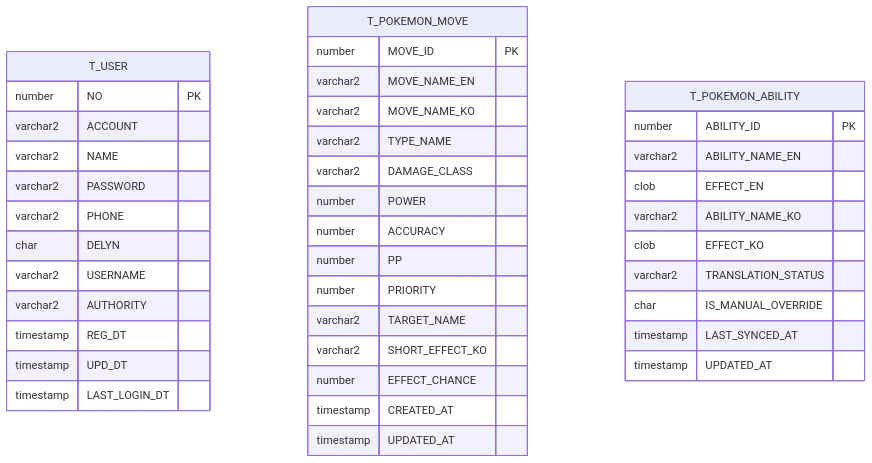
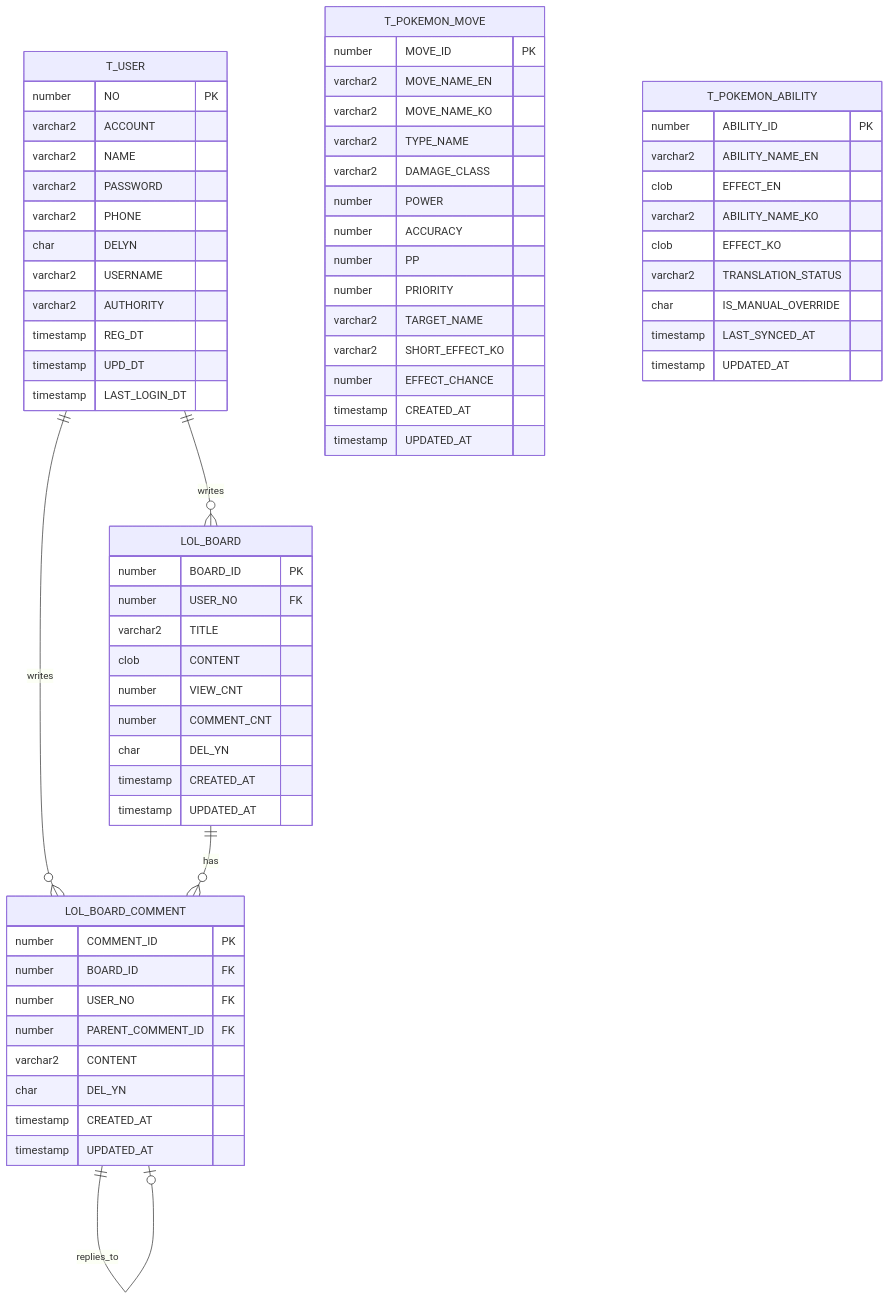
One commit to Helicorn/calculator_of_waldo changed the diagram in docs/schema.md. Above: the diagram before and after it, drawn with Mermaid. The commit also changed other lines of this file and 33 other files, not shown here.

````diff
--- a/docs/schema.md
+++ b/docs/schema.md
@@ -18,43 +18,68 @@
 ```mermaid
 erDiagram
   T_USER {
     number NO PK
     varchar2 ACCOUNT
     varchar2 NAME
     varchar2 PASSWORD
     varchar2 PHONE
     char DELYN
     varchar2 USERNAME
     varchar2 AUTHORITY
     timestamp REG_DT
     timestamp UPD_DT
     timestamp LAST_LOGIN_DT
   }
   T_POKEMON_MOVE {
     number MOVE_ID PK
     varchar2 MOVE_NAME_EN
     varchar2 MOVE_NAME_KO
     varchar2 TYPE_NAME
     varchar2 DAMAGE_CLASS
     number POWER
     number ACCURACY
     number PP
     number PRIORITY
     varchar2 TARGET_NAME
     varchar2 SHORT_EFFECT_KO
     number EFFECT_CHANCE
     timestamp CREATED_AT
     timestamp UPDATED_AT
   }
   T_POKEMON_ABILITY {
     number ABILITY_ID PK
     varchar2 ABILITY_NAME_EN
     clob EFFECT_EN
     varchar2 ABILITY_NAME_KO
     clob EFFECT_KO
     varchar2 TRANSLATION_STATUS
     char IS_MANUAL_OVERRIDE
     timestamp LAST_SYNCED_AT
     timestamp UPDATED_AT
   }
+  LOL_BOARD {
+    number BOARD_ID PK
+    number USER_NO FK
+    varchar2 TITLE
+    clob CONTENT
+    number VIEW_CNT
+    number COMMENT_CNT
+    char DEL_YN
+    timestamp CREATED_AT
+    timestamp UPDATED_AT
+  }
+  LOL_BOARD_COMMENT {
+    number COMMENT_ID PK
+    number BOARD_ID FK
+    number USER_NO FK
+    number PARENT_COMMENT_ID FK
+    varchar2 CONTENT
+    char DEL_YN
+    timestamp CREATED_AT
+    timestamp UPDATED_AT
+  }
+  T_USER ||--o{ LOL_BOARD : writes
+  T_USER ||--o{ LOL_BOARD_COMMENT : writes
+  LOL_BOARD ||--o{ LOL_BOARD_COMMENT : has
+  LOL_BOARD_COMMENT ||--o| LOL_BOARD_COMMENT : replies_to
 ```
````
